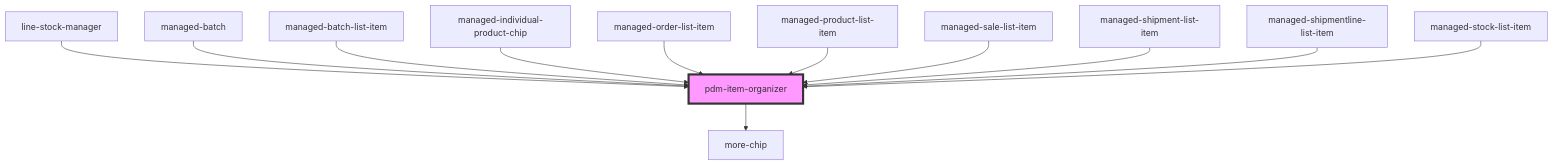
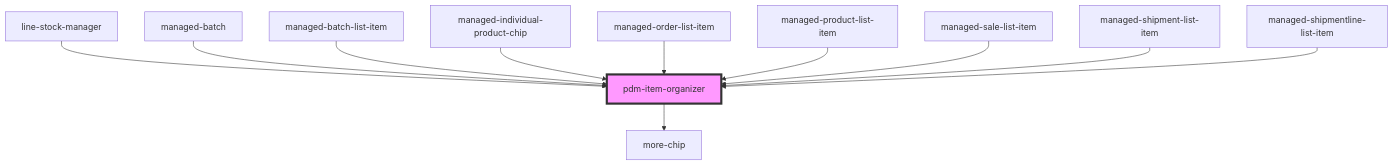
The diagram in pdm-web-components/src/components/pdm-item-organizer/readme.md (PharmaLedger-IMI/fgt-workspace), drawn with Mermaid before and after one commit. The commit also changed other lines of this file and 4 other files, not shown here.

````diff
--- a/pdm-web-components/src/components/pdm-item-organizer/readme.md
+++ b/pdm-web-components/src/components/pdm-item-organizer/readme.md
@@ -52,15 +51,14 @@
 ```mermaid
 graph TD;
   pdm-item-organizer --> more-chip
   line-stock-manager --> pdm-item-organizer
   managed-batch --> pdm-item-organizer
   managed-batch-list-item --> pdm-item-organizer
   managed-individual-product-chip --> pdm-item-organizer
   managed-order-list-item --> pdm-item-organizer
   managed-product-list-item --> pdm-item-organizer
   managed-sale-list-item --> pdm-item-organizer
   managed-shipment-list-item --> pdm-item-organizer
   managed-shipmentline-list-item --> pdm-item-organizer
-  managed-stock-list-item --> pdm-item-organizer
   style pdm-item-organizer fill:#f9f,stroke:#333,stroke-width:4px
 ```
````
